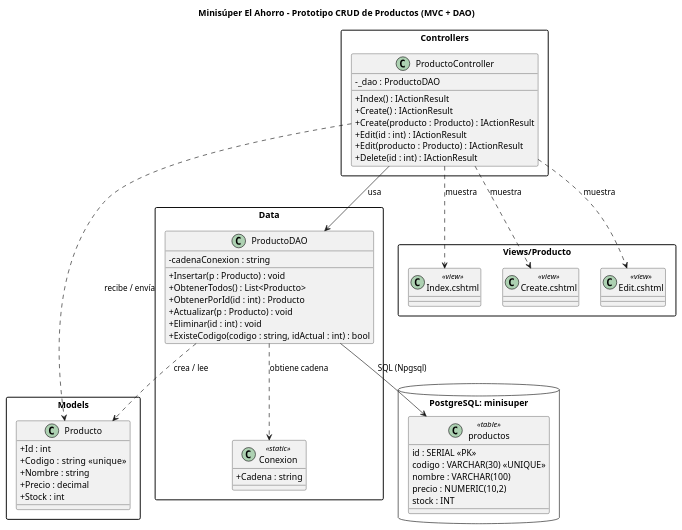
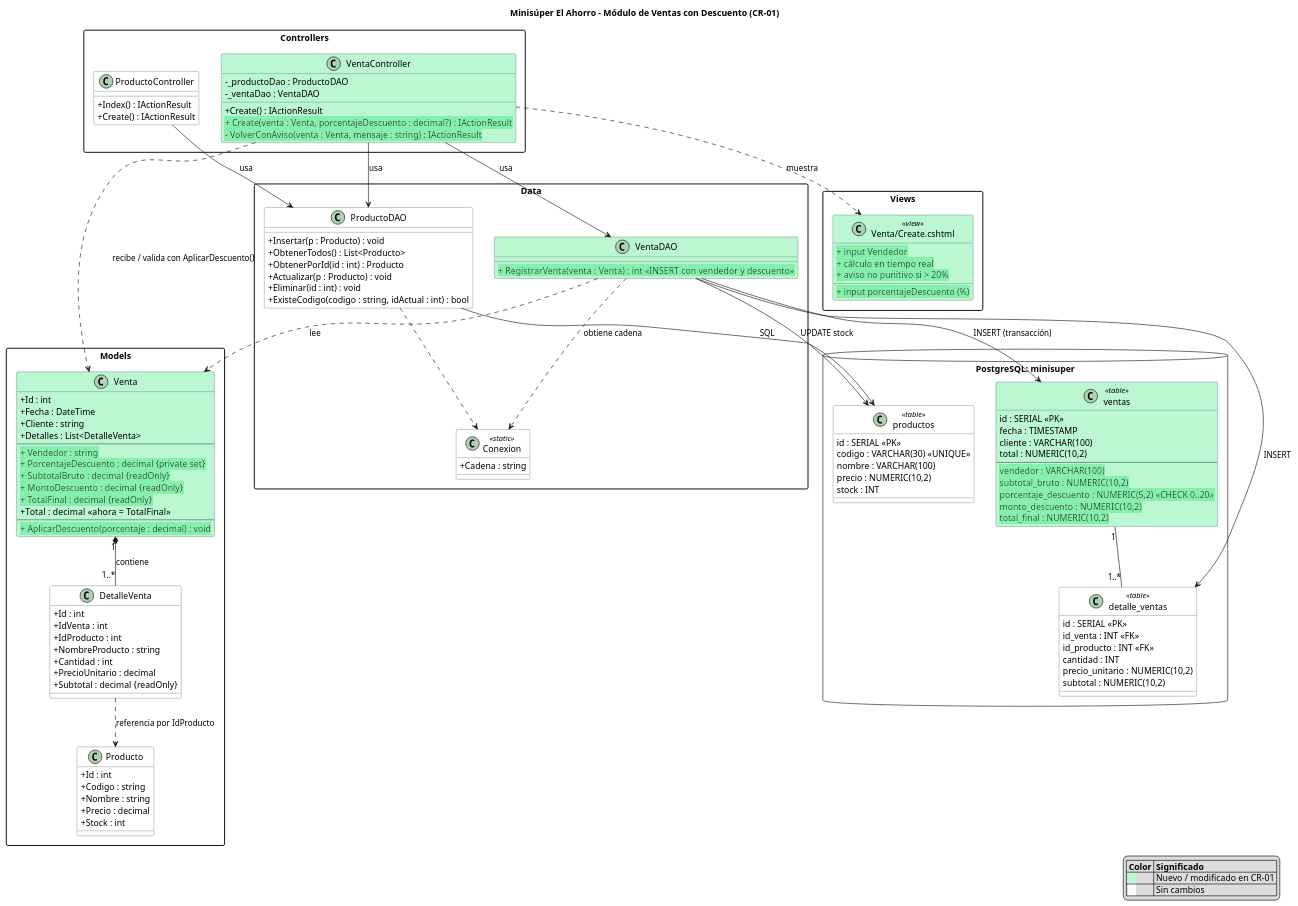
The diagram in BaseDatos/diagrama_clases.puml (ArielAguilera/MiniSuper-PrototipoCRUD), drawn with PlantUML before and after one commit. The commit also changed 12 other files, not shown here.

Commit message:
Actividad 8: Implementacion control de descuentos CR-01, trazabilidad y pruebas xUnit

```diff
--- a/BaseDatos/diagrama_clases.puml
+++ b/BaseDatos/diagrama_clases.puml
@@ -1,69 +1,141 @@
-@startuml DiagramaClases_MinisuperElAhorro
-' Diagrama de clases del prototipo CRUD (Actividad 5)
+@startuml DiagramaClases_MinisuperElAhorro_CR01
+' Diagrama de clases actualizado - Actividad 8 (CR-01: Control de Descuentos y Trazabilidad)
 ' Pegar en https://www.plantuml.com/plantuml para generar la imagen
+' LEYENDA: fondo verde = clase/atributo/método NUEVO o MODIFICADO por CR-01
 skinparam classAttributeIconSize 0
 skinparam packageStyle rectangle
-title Minisúper El Ahorro - Prototipo CRUD de Productos (MVC + DAO)
+skinparam shadowing false
+skinparam class {
+  BackgroundColor #FFFFFF
+  BorderColor #475569
+}
+title Minisúper El Ahorro - Módulo de Ventas con Descuento (CR-01)
+
+legend right
+  |= Color |= Significado |
+  | <back:#BBF7D0>   </back> | Nuevo / modificado en CR-01 |
+  | <back:#FFFFFF>   </back> | Sin cambios |
+endlegend
 
 package "Models" {
   class Producto {
     + Id : int
-    + Codigo : string  <<unique>>
+    + Codigo : string
     + Nombre : string
     + Precio : decimal
     + Stock : int
+  }
+
+  class DetalleVenta {
+    + Id : int
+    + IdVenta : int
+    + IdProducto : int
+    + NombreProducto : string
+    + Cantidad : int
+    + PrecioUnitario : decimal
+    + Subtotal : decimal {readOnly}
+  }
+
+  class Venta #BBF7D0 {
+    + Id : int
+    + Fecha : DateTime
+    + Cliente : string
+    + Detalles : List<DetalleVenta>
+    --
+    <back:#86EFAC>+ Vendedor : string</back>
+    <back:#86EFAC>+ PorcentajeDescuento : decimal {private set}</back>
+    <back:#86EFAC>+ SubtotalBruto : decimal {readOnly}</back>
+    <back:#86EFAC>+ MontoDescuento : decimal {readOnly}</back>
+    <back:#86EFAC>+ TotalFinal : decimal {readOnly}</back>
+    + Total : decimal  <<ahora = TotalFinal>>
+    --
+    <back:#86EFAC>+ AplicarDescuento(porcentaje : decimal) : void</back>
   }
 }
 
 package "Data" {
   class Conexion <<static>> {
     + Cadena : string
   }
   class ProductoDAO {
-    - cadenaConexion : string
     + Insertar(p : Producto) : void
     + ObtenerTodos() : List<Producto>
     + ObtenerPorId(id : int) : Producto
     + Actualizar(p : Producto) : void
     + Eliminar(id : int) : void
     + ExisteCodigo(codigo : string, idActual : int) : bool
   }
+  class VentaDAO #BBF7D0 {
+    <back:#86EFAC>+ RegistrarVenta(venta : Venta) : int  <<INSERT con vendedor y descuento>></back>
+  }
 }
 
 package "Controllers" {
   class ProductoController {
-    - _dao : ProductoDAO
     + Index() : IActionResult
     + Create() : IActionResult
-    + Create(producto : Producto) : IActionResult
-    + Edit(id : int) : IActionResult
-    + Edit(producto : Producto) : IActionResult
-    + Delete(id : int) : IActionResult
+  }
+  class VentaController #BBF7D0 {
+    - _productoDao : ProductoDAO
+    - _ventaDao : VentaDAO
+    + Create() : IActionResult
+    <back:#86EFAC>+ Create(venta : Venta, porcentajeDescuento : decimal?) : IActionResult</back>
+    <back:#86EFAC>- VolverConAviso(venta : Venta, mensaje : string) : IActionResult</back>
   }
 }
 
-package "Views/Producto" {
-  class "Index.cshtml" as Index <<view>>
-  class "Create.cshtml" as Create <<view>>
-  class "Edit.cshtml" as Edit <<view>>
+package "Views" {
+  class "Venta/Create.cshtml" as VistaVenta <<view>> #BBF7D0 {
+    <back:#86EFAC>+ input Vendedor</back>
+    <back:#86EFAC>+ input porcentajeDescuento (%)</back>
+    <back:#86EFAC>+ cálculo en tiempo real</back>
+    <back:#86EFAC>+ aviso no punitivo si > 20%</back>
+  }
 }
 
 database "PostgreSQL: minisuper" as BD {
   class productos <<table>> {
     {field} id : SERIAL <<PK>>
     {field} codigo : VARCHAR(30) <<UNIQUE>>
     {field} nombre : VARCHAR(100)
     {field} precio : NUMERIC(10,2)
     {field} stock : INT
   }
+  class detalle_ventas <<table>> {
+    {field} id : SERIAL <<PK>>
+    {field} id_venta : INT <<FK>>
+    {field} id_producto : INT <<FK>>
+    {field} cantidad : INT
+    {field} precio_unitario : NUMERIC(10,2)
+    {field} subtotal : NUMERIC(10,2)
+  }
+  class ventas <<table>> #BBF7D0 {
+    {field} id : SERIAL <<PK>>
+    {field} fecha : TIMESTAMP
+    {field} cliente : VARCHAR(100)
+    {field} total : NUMERIC(10,2)
+    --
+    <back:#86EFAC>{field} vendedor : VARCHAR(100)</back>
+    <back:#86EFAC>{field} subtotal_bruto : NUMERIC(10,2)</back>
+    <back:#86EFAC>{field} porcentaje_descuento : NUMERIC(5,2) <<CHECK 0..20>></back>
+    <back:#86EFAC>{field} monto_descuento : NUMERIC(10,2)</back>
+    <back:#86EFAC>{field} total_final : NUMERIC(10,2)</back>
+  }
 }
 
+Venta "1" *-- "1..*" DetalleVenta : contiene
+DetalleVenta ..> Producto : referencia por IdProducto
+VentaController --> VentaDAO : usa
+VentaController --> ProductoDAO : usa
+VentaController ..> Venta : recibe / valida con AplicarDescuento()
+VentaController ..> VistaVenta : muestra
+VentaDAO ..> Venta : lee
+VentaDAO ..> Conexion : obtiene cadena
+VentaDAO --> ventas : INSERT (transacción)
+VentaDAO --> detalle_ventas : INSERT
+VentaDAO --> productos : UPDATE stock
+ProductoDAO ..> Conexion
 ProductoController --> ProductoDAO : usa
-ProductoController ..> Producto : recibe / envía
-ProductoController ..> Index : muestra
-ProductoController ..> Create : muestra
-ProductoController ..> Edit : muestra
-ProductoDAO ..> Producto : crea / lee
-ProductoDAO ..> Conexion : obtiene cadena
-ProductoDAO --> productos : SQL (Npgsql)
+ProductoDAO --> productos : SQL
+ventas "1" -- "1..*" detalle_ventas
 @enduml
```
